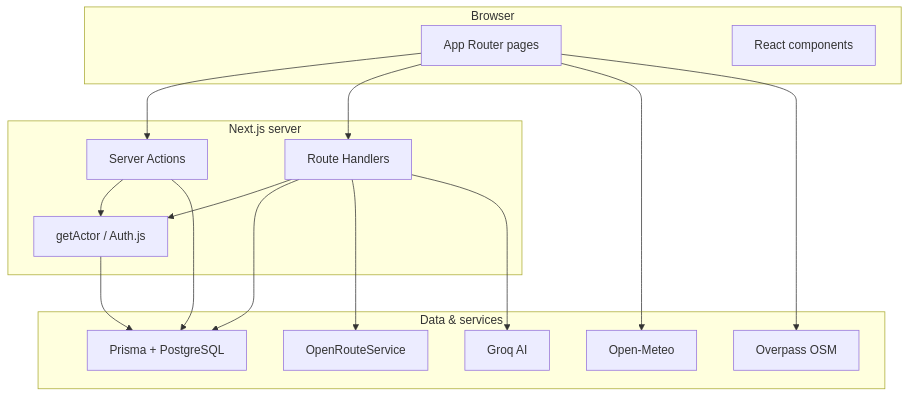
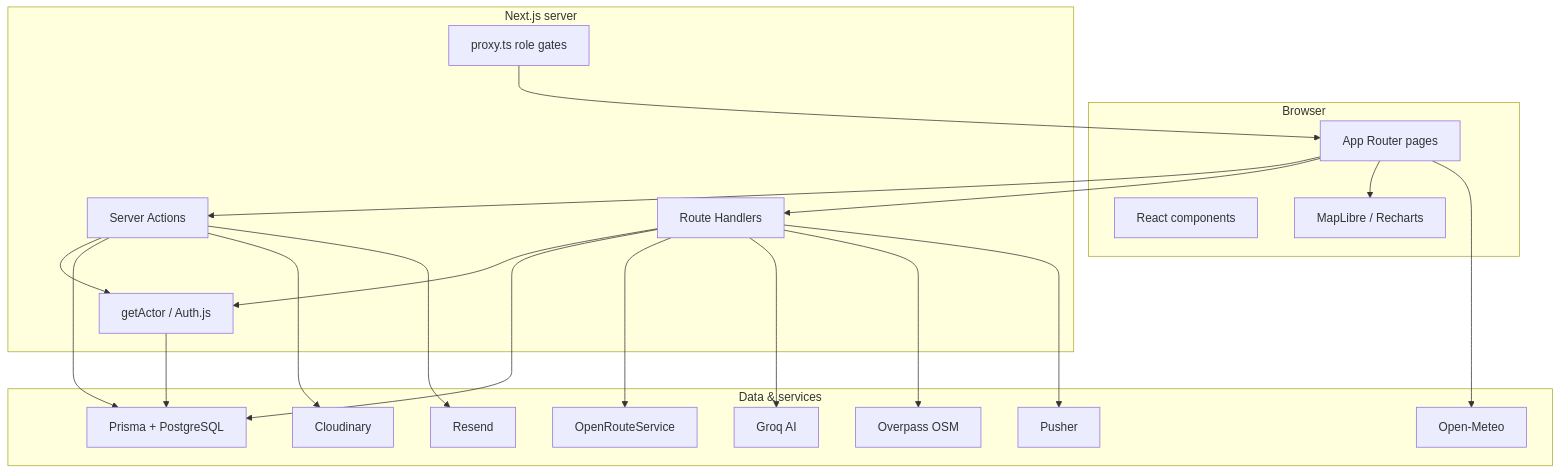
One commit to Bixal99/Ghoomora changed the first of 2 diagrams in README.md. Above: the diagram before and after it, drawn with Mermaid. The commit also changed other lines of this file and 2 other files, not shown here.

````diff
--- a/README.md
+++ b/README.md
@@ -85,33 +167,43 @@
 ```mermaid
 flowchart TB
   subgraph client [Browser]
     pages[App Router pages]
     components[React components]
+    maps[MapLibre / Recharts]
   end
 
   subgraph server [Next.js server]
     actions[Server Actions]
     api[Route Handlers]
     auth[getActor / Auth.js]
+    proxy[proxy.ts role gates]
   end
 
   subgraph data [Data & services]
     prisma[Prisma + PostgreSQL]
     ors[OpenRouteService]
     meteo[Open-Meteo]
     groq[Groq AI]
     overpass[Overpass OSM]
+    cloudinary[Cloudinary]
+    resend[Resend]
+    pusher[Pusher]
   end
 
   pages --> actions
   pages --> api
+  pages --> maps
+  proxy --> pages
   actions --> auth
   api --> auth
   auth --> prisma
   actions --> prisma
   api --> prisma
   api --> ors
   api --> groq
+  api --> overpass
+  api --> pusher
   pages --> meteo
-  pages --> overpass
+  actions --> cloudinary
+  actions --> resend
 ```
````
